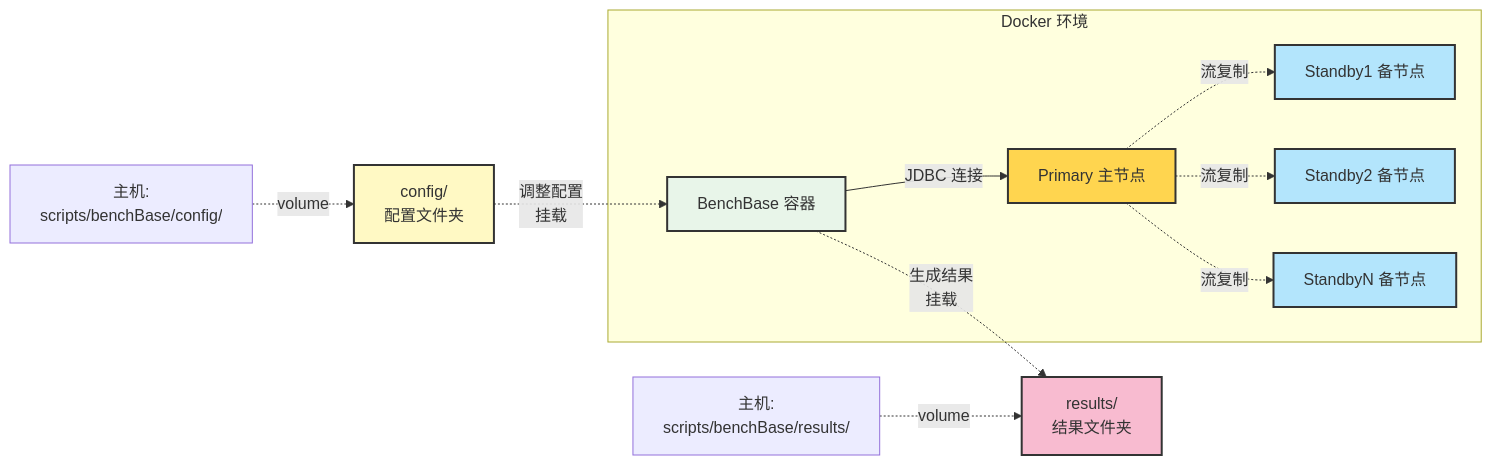
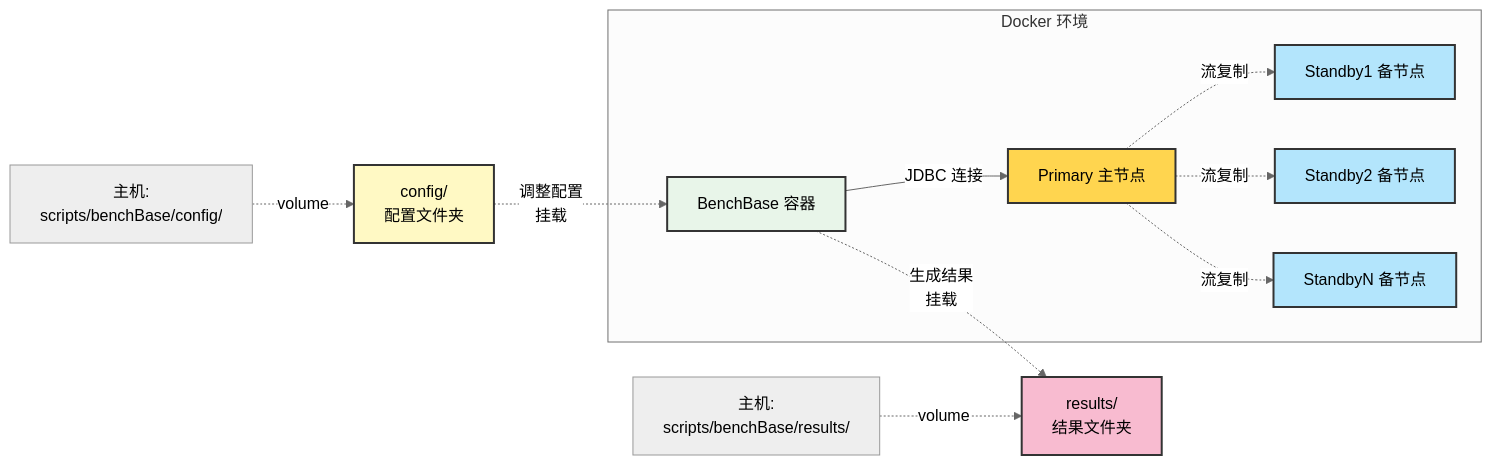
One commit to XCG0/HIT-HATM changed the third of 4 diagrams in README.md. Above: the diagram before and after it, drawn with Mermaid. The commit also changed other lines of this file and 2 other files, not shown here.

Commit message:
Github mermaid 样式设置

````diff
--- a/README.md
+++ b/README.md
@@ -143,34 +143,34 @@
 ```mermaid
-%%{init {"themeVariables":{"fontColor":"black"}}}%%
+%%{init: {"theme":"neutral"}}%%
 graph LR
     subgraph Docker["Docker 环境"]
         BB[BenchBase 容器]
         Primary[Primary 主节点]
         Standby1[Standby1 备节点]
         Standby2[Standby2 备节点]
 	StandbyN[StandbyN 备节点]
     end
 
     Config["config/<br/>配置文件夹"] -.调整配置<br/>挂载.-> BB
     BB -->|JDBC 连接| Primary
     Primary -.流复制.-> Standby1
     Primary -.流复制.-> Standby2
     Primary -.流复制.-> StandbyN
     BB -.生成结果<br/>挂载.-> Results["results/<br/>结果文件夹"]
   
     Vol1["主机:<br/>scripts/benchBase/config/"] -.volume.-> Config
     Vol2["主机:<br/>scripts/benchBase/results/"] -.volume.-> Results
 
     classDef bbStyle fill:#E8F5E9,stroke:#333,stroke-width:2px
     classDef primaryStyle fill:#FFD54F,stroke:#333,stroke-width:2px
     classDef standbyStyle fill:#B3E5FC,stroke:#333,stroke-width:2px
     classDef configStyle fill:#FFF9C4,stroke:#333,stroke-width:2px
     classDef resultsStyle fill:#F8BBD0,stroke:#333,stroke-width:2px
 
     class BB bbStyle
     class Primary primaryStyle
     class Standby1,Standby2,StandbyN standbyStyle
     class Config configStyle
     class Results resultsStyle
 
 ```
````
